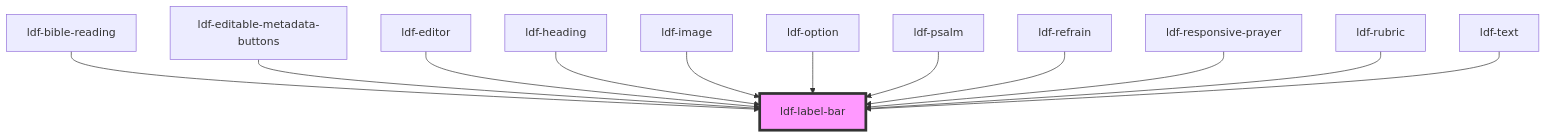
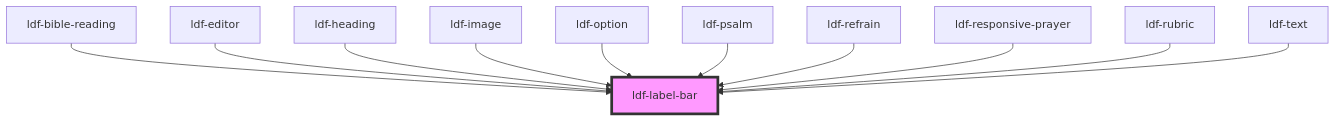
The diagram in components/src/components/label-bar/readme.md (gbj/venite), drawn with Mermaid before and after one commit. The commit also changed other lines of this file and 24 other files, not shown here.

````diff
--- a/components/src/components/label-bar/readme.md
+++ b/components/src/components/label-bar/readme.md
@@ -32,15 +31,14 @@
 ```mermaid
 graph TD;
   ldf-bible-reading --> ldf-label-bar
-  ldf-editable-metadata-buttons --> ldf-label-bar
   ldf-editor --> ldf-label-bar
   ldf-heading --> ldf-label-bar
   ldf-image --> ldf-label-bar
   ldf-option --> ldf-label-bar
   ldf-psalm --> ldf-label-bar
   ldf-refrain --> ldf-label-bar
   ldf-responsive-prayer --> ldf-label-bar
   ldf-rubric --> ldf-label-bar
   ldf-text --> ldf-label-bar
   style ldf-label-bar fill:#f9f,stroke:#333,stroke-width:4px
 ```
````
